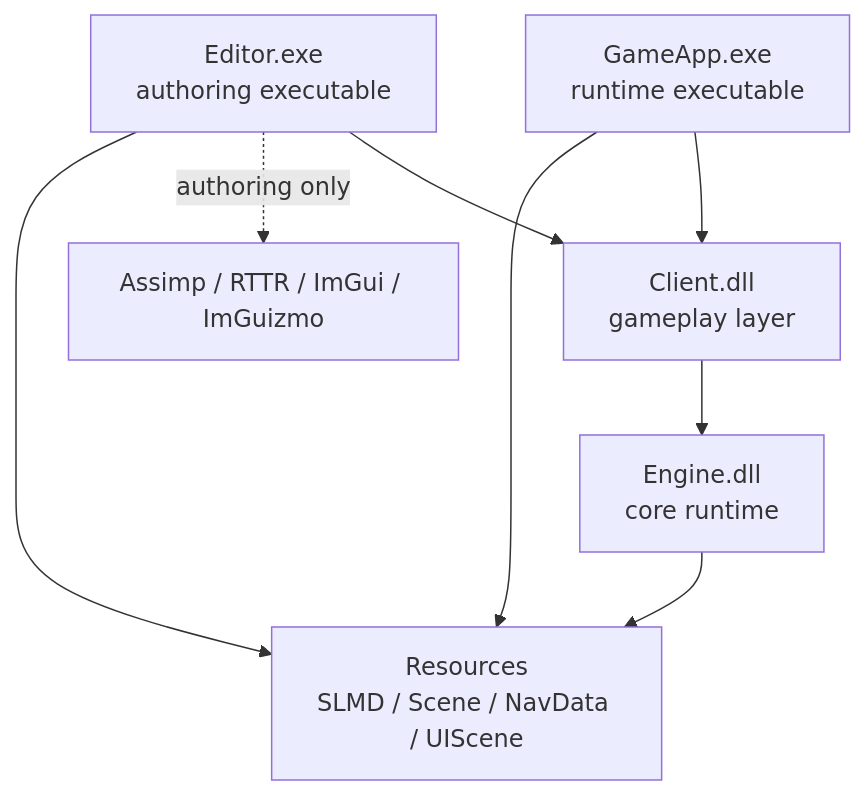
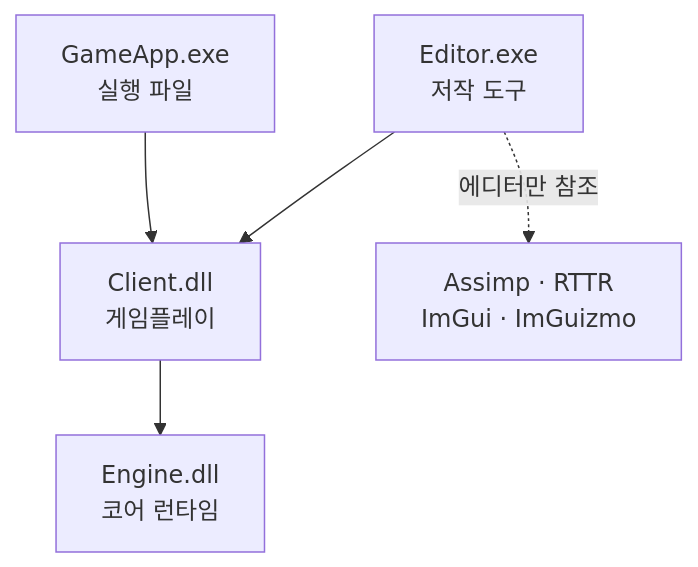
Before and after one commit to ddoichaboom/DX11_3D_GameProject_Solo: the first of 4 diagrams in README.md, drawn with Mermaid. The commit also changed other lines of this file and 19 other files, not shown here.

````diff
--- a/README.md
+++ b/README.md
@@ -39,18 +55,7 @@
 ```mermaid
-graph TD
-    GameApp[GameApp.exe<br/>runtime executable]
-    Editor[Editor.exe<br/>authoring executable]
-    Client[Client.dll<br/>gameplay layer]
-    Engine[Engine.dll<br/>core runtime]
-    Tools[Assimp / RTTR / ImGui / ImGuizmo]
-    Data[Resources<br/>SLMD / Scene / NavData / UIScene]
-
-    GameApp --> Client
-    Editor --> Client
-    Client --> Engine
-
-    Editor -. authoring only .-> Tools
-    Editor --> Data
-    GameApp --> Data
-    Engine --> Data
+flowchart TB
+    ED["Editor.exe<br/>저작 도구"] --> CL["Client.dll<br/>게임플레이"]
+    GA["GameApp.exe<br/>실행 파일"] --> CL
+    CL --> EN["Engine.dll<br/>코어 런타임"]
+    ED -.->|"에디터만 참조"| LIB["Assimp · RTTR<br/>ImGui · ImGuizmo"]
 ```
````
